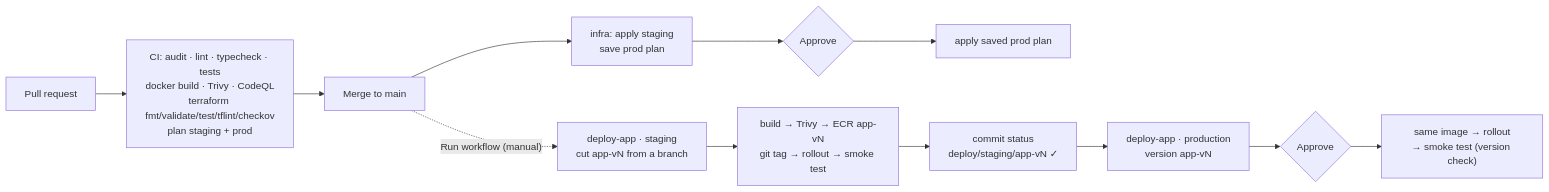
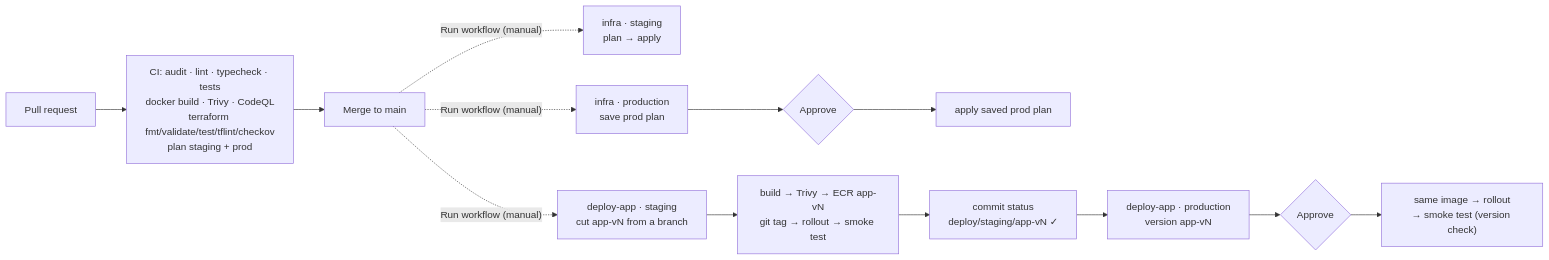
Before and after one commit to Hazrat16/smart-jobhub: the second of 2 diagrams in docs/architecture.md, drawn with Mermaid. The commit also changed other lines of this file and 10 other files, not shown here.

Commit message:
ci(infra): update workflow to require manual runs for staging and production applies (#10)

````diff
--- a/docs/architecture.md
+++ b/docs/architecture.md
@@ -45,15 +45,16 @@
 ```mermaid
 flowchart LR
   pr[Pull request] --> ci["CI: audit · lint · typecheck · tests<br/>docker build · Trivy · CodeQL<br/>terraform fmt/validate/test/tflint/checkov<br/>plan staging + prod"]
   ci --> merge[Merge to main]
-  merge --> infra["infra: apply staging<br/>save prod plan"]
-  infra --> approve1{Approve}
+  merge -. "Run workflow (manual)" .-> infra["infra · staging<br/>plan → apply"]
+  merge -. "Run workflow (manual)" .-> infraprod["infra · production<br/>save prod plan"]
+  infraprod --> approve1{Approve}
   approve1 --> prodinfra[apply saved prod plan]
 
   merge -. "Run workflow (manual)" .-> rel
   rel["deploy-app · staging<br/>cut app-vN from a branch"] --> build["build → Trivy → ECR app-vN<br/>git tag → rollout → smoke test"]
   build --> gate["commit status<br/>deploy/staging/app-vN ✓"]
   gate --> promote["deploy-app · production<br/>version app-vN"]
   promote --> approve2{Approve}
   approve2 --> prod["same image → rollout<br/>→ smoke test (version check)"]
 ```
````
